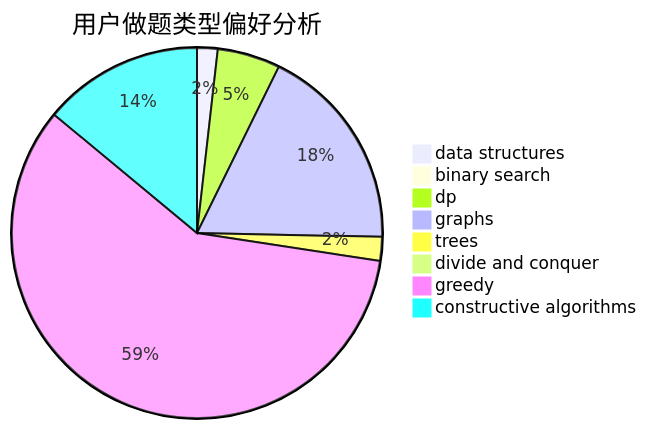
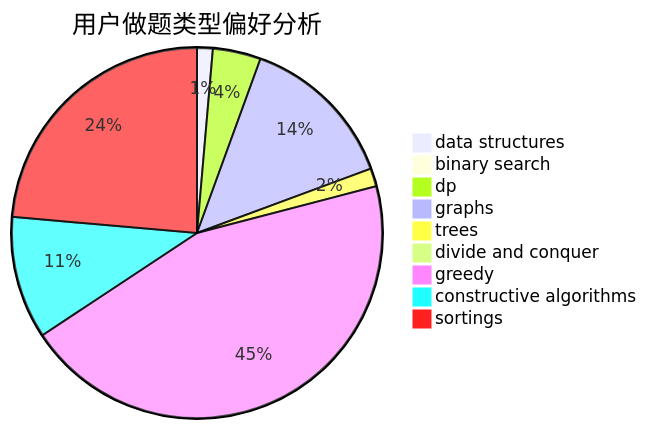
The second of 3 diagrams in docs/user/u666.md (sherpahu/cfrs.github.io), drawn with Mermaid before and after one commit. The commit also changed other lines of this file and 2769 other files, not shown here.

````diff
--- a/docs/user/u666.md
+++ b/docs/user/u666.md
@@ -23,11 +18,12 @@
 ```mermaid
 pie title 用户做题类型偏好分析
     "data structures" :  19
     "binary search" :  0
     "dp" :  58
     "graphs" :  191
     "trees" :  22
     "divide and conquer" :  0
     "greedy" :  620
     "constructive algorithms" :  148
+    "sortings" :  327
 ```
````
